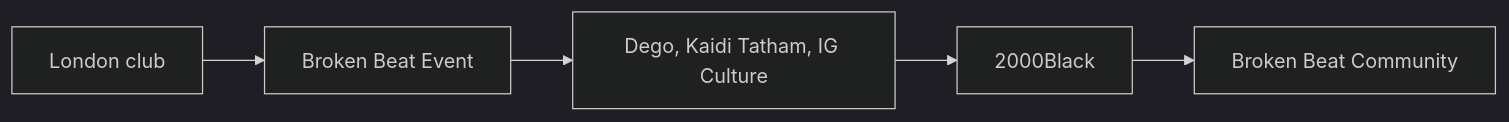
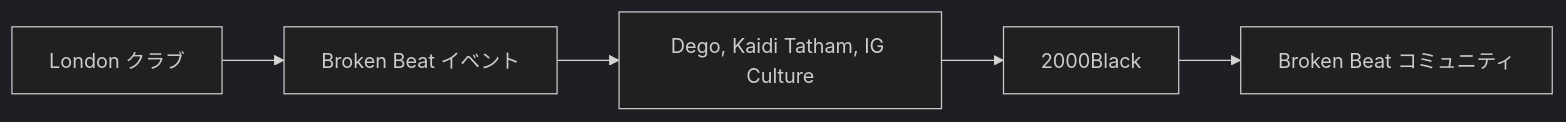
One commit to monumental-movement/monumental-movement.github.io changed the fourth of 5 diagrams in en/_posts/2025-12-01-column-uk-broken-beat.md. Above: the diagram before and after it, drawn with Mermaid (dark theme). The commit also changed other lines of this file and 2196 other files, not shown here.

```diff
--- a/en/_posts/2025-12-01-column-uk-broken-beat.md
+++ b/en/_posts/2025-12-01-column-uk-broken-beat.md
@@ -160,7 +160,7 @@
 <div class="mermaid">
 graph LR
-    Club[London club] --> Event[Broken Beat Event]
+    Club[London クラブ] --> Event[Broken Beat イベント]
     Event --> Artists[Dego, Kaidi Tatham, IG Culture]
     Artists --> Label[2000Black]
-    Label --> Community[Broken Beat Community]
+    Label --> Community[Broken Beat コミュニティ]
 </div>
```
